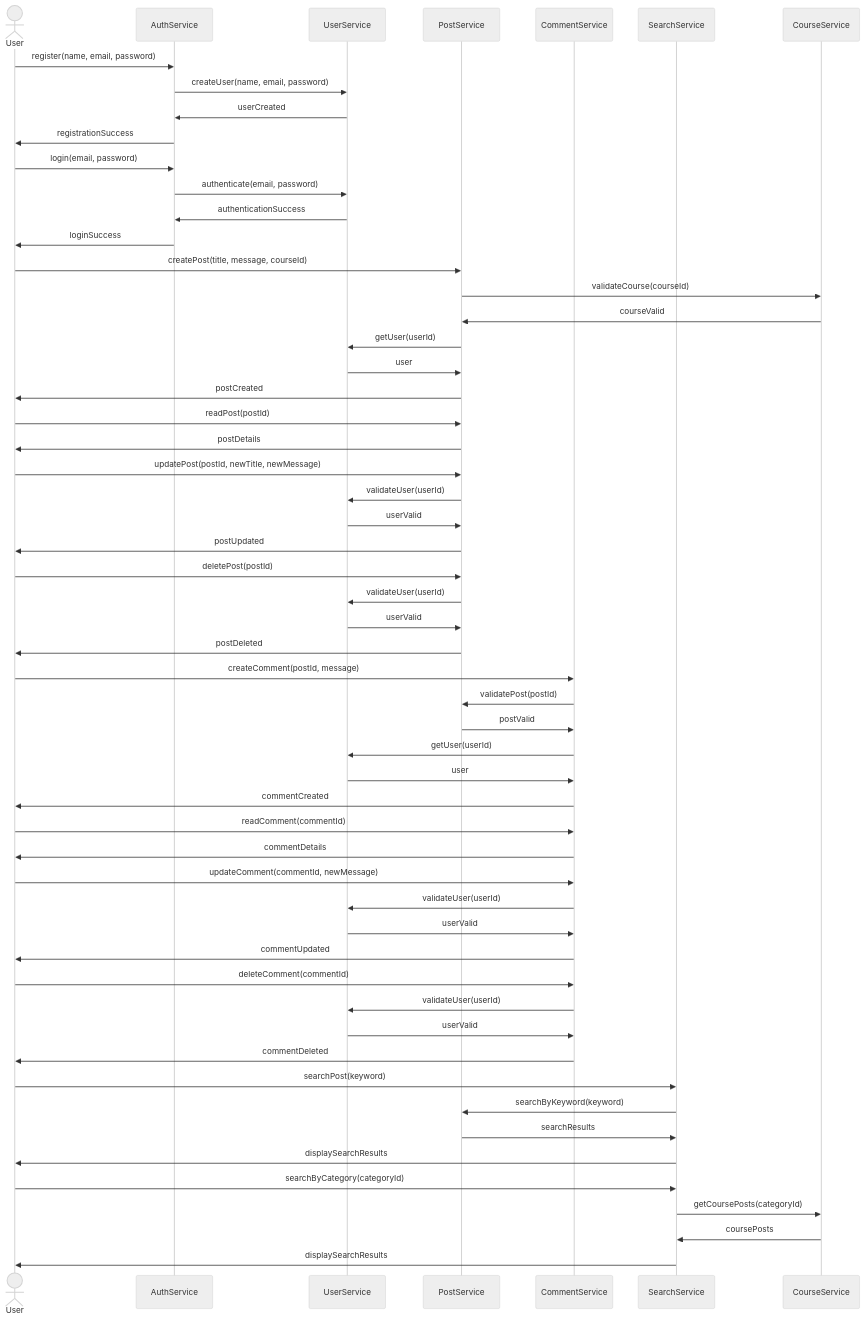
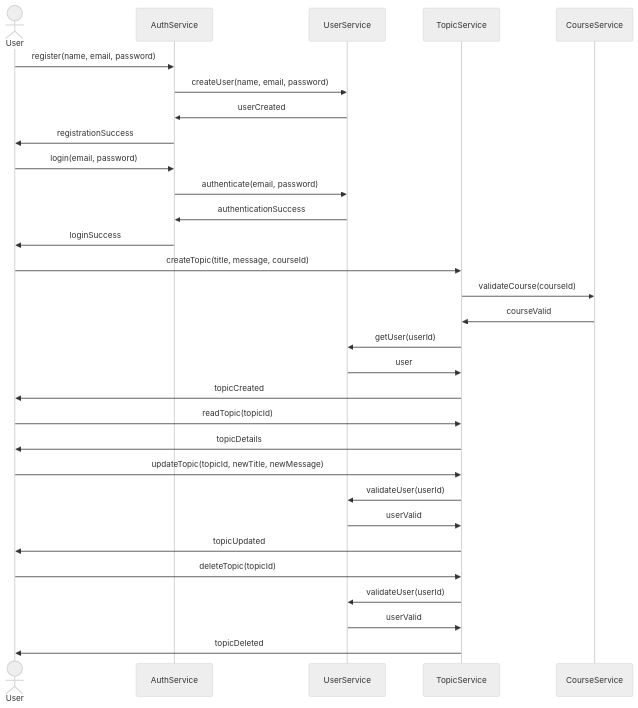
Before and after one commit to vitorAzevedo09/OracleOneForumChallenger: the second of 2 diagrams in README.md, drawn with Mermaid (neutral theme). The commit also changed other lines of this file, not shown here.

````diff
--- a/README.md
+++ b/README.md
@@ -84,72 +76,37 @@
 ```mermaid
-    sequenceDiagram
-    actor User
-    participant AuthService
-    participant UserService
-    participant PostService
-    participant CommentService
-    participant SearchService
-    participant CourseService
+sequenceDiagram
+actor User
+participant AuthService
+participant UserService
+participant TopicService
 
-    User ->> AuthService: register(name, email, password)
-    AuthService ->> UserService: createUser(name, email, password)
-    UserService ->> AuthService: userCreated
-    AuthService ->> User: registrationSuccess
+User ->> AuthService: register(name, email, password)
+AuthService ->> UserService: createUser(name, email, password)
+UserService ->> AuthService: userCreated
+AuthService ->> User: registrationSuccess
 
-    User ->> AuthService: login(email, password)
-    AuthService ->> UserService: authenticate(email, password)
-    UserService ->> AuthService: authenticationSuccess
-    AuthService ->> User: loginSuccess
+User ->> AuthService: login(email, password)
+AuthService ->> UserService: authenticate(email, password)
+UserService ->> AuthService: authenticationSuccess
+AuthService ->> User: loginSuccess
 
-    User ->> PostService: createPost(title, message, courseId)
-    PostService ->> CourseService: validateCourse(courseId)
-    CourseService ->> PostService: courseValid
-    PostService ->> UserService: getUser(userId)
-    UserService ->> PostService: user
-    PostService ->> User: postCreated
+User ->> TopicService: createTopic(title, message, courseId)
+TopicService ->> CourseService: validateCourse(courseId)
+CourseService ->> TopicService: courseValid
+TopicService ->> UserService: getUser(userId)
+UserService ->> TopicService: user
+TopicService ->> User: topicCreated
 
-    User ->> PostService: readPost(postId)
-    PostService ->> User: postDetails
+User ->> TopicService: readTopic(topicId)
+TopicService ->> User: topicDetails
 
-    User ->> PostService: updatePost(postId, newTitle, newMessage)
-    PostService ->> UserService: validateUser(userId)
-    UserService ->> PostService: userValid
-    PostService ->> User: postUpdated
+User ->> TopicService: updateTopic(topicId, newTitle, newMessage)
+TopicService ->> UserService: validateUser(userId)
+UserService ->> TopicService: userValid
+TopicService ->> User: topicUpdated
 
-    User ->> PostService: deletePost(postId)
-    PostService ->> UserService: validateUser(userId)
-    UserService ->> PostService: userValid
-    PostService ->> User: postDeleted
-
-    User ->> CommentService: createComment(postId, message)
-    CommentService ->> PostService: validatePost(postId)
-    PostService ->> CommentService: postValid
-    CommentService ->> UserService: getUser(userId)
-    UserService ->> CommentService: user
-    CommentService ->> User: commentCreated
-
-    User ->> CommentService: readComment(commentId)
-    CommentService ->> User: commentDetails
-
-    User ->> CommentService: updateComment(commentId, newMessage)
-    CommentService ->> UserService: validateUser(userId)
-    UserService ->> CommentService: userValid
-    CommentService ->> User: commentUpdated
-
-    User ->> CommentService: deleteComment(commentId)
-    CommentService ->> UserService: validateUser(userId)
-    UserService ->> CommentService: userValid
-    CommentService ->> User: commentDeleted
-
-    User ->> SearchService: searchPost(keyword)
-    SearchService ->> PostService: searchByKeyword(keyword)
-    PostService ->> SearchService: searchResults
-    SearchService ->> User: displaySearchResults
-
-    User ->> SearchService: searchByCategory(categoryId)
-    SearchService ->> CourseService: getCoursePosts(categoryId)
-    CourseService ->> SearchService: coursePosts
-    SearchService ->> User: displaySearchResults
-
-
+User ->> TopicService: deleteTopic(topicId)
+TopicService ->> UserService: validateUser(userId)
+UserService ->> TopicService: userValid
+TopicService ->> User: topicDeleted
 ```
````
